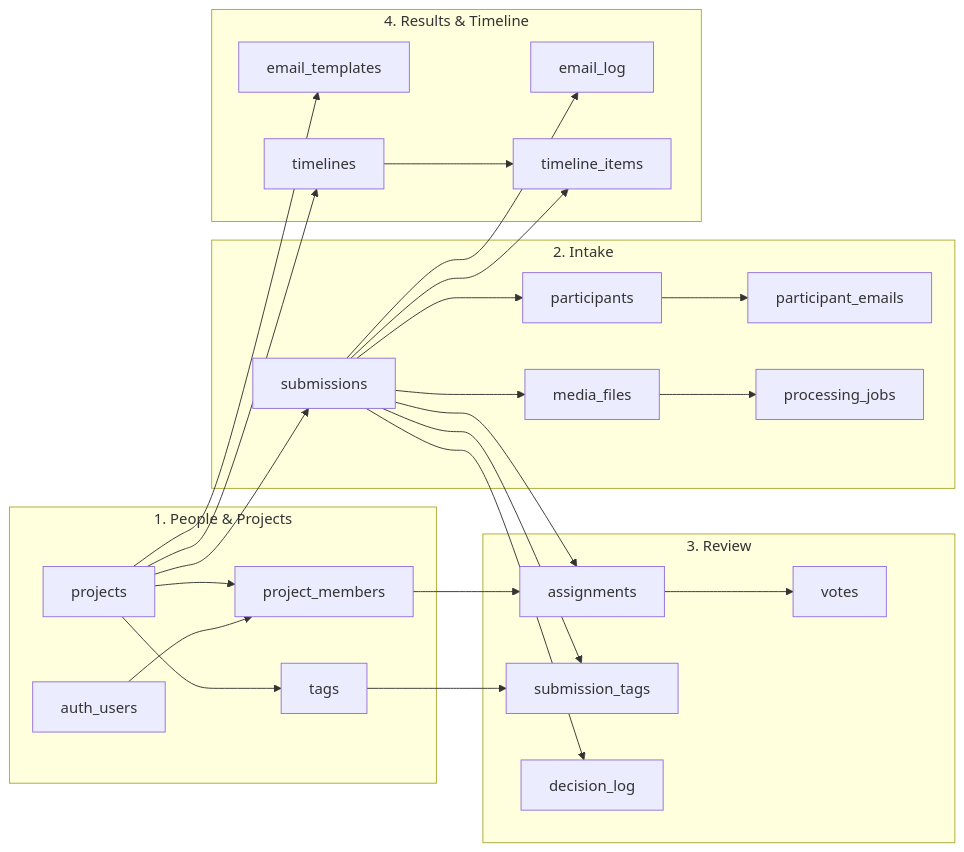
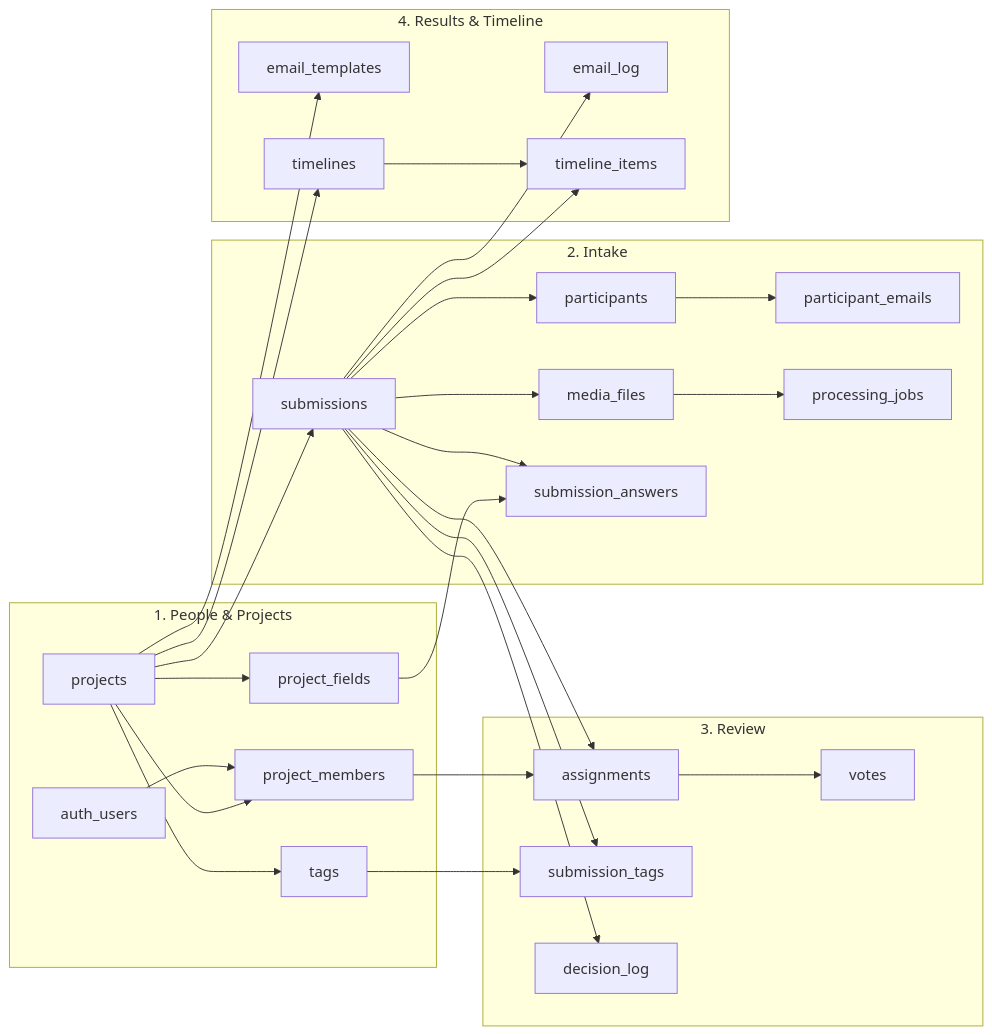
One commit to dixond01/ChooseTogether changed the first of 5 diagrams in Documents/erd.md. Above: the diagram before and after it, drawn with Mermaid. The commit also changed other lines of this file and 1 other file, not shown here.

Commit message:
Update ERD for custom form fields and add 11/25 log entry

````diff
--- a/Documents/erd.md
+++ b/Documents/erd.md
@@ -9,34 +9,37 @@
 ```mermaid
 flowchart LR
     subgraph People["1. People & Projects"]
         auth_users --> project_members
         projects --> project_members
         projects --> tags
+        projects --> project_fields
     end
     subgraph Intake["2. Intake"]
         submissions --> participants
         participants --> participant_emails
         submissions --> media_files
         media_files --> processing_jobs
+        submissions --> submission_answers
     end
     subgraph Review["3. Review"]
         assignments --> votes
         submission_tags
         decision_log
     end
     subgraph Results["4. Results & Timeline"]
         email_templates
         email_log
         timelines --> timeline_items
     end
     projects --> submissions
+    project_fields --> submission_answers
     submissions --> assignments
     project_members --> assignments
     submissions --> submission_tags
     tags --> submission_tags
     submissions --> decision_log
     projects --> email_templates
     submissions --> email_log
     projects --> timelines
     submissions --> timeline_items
 ```
````
